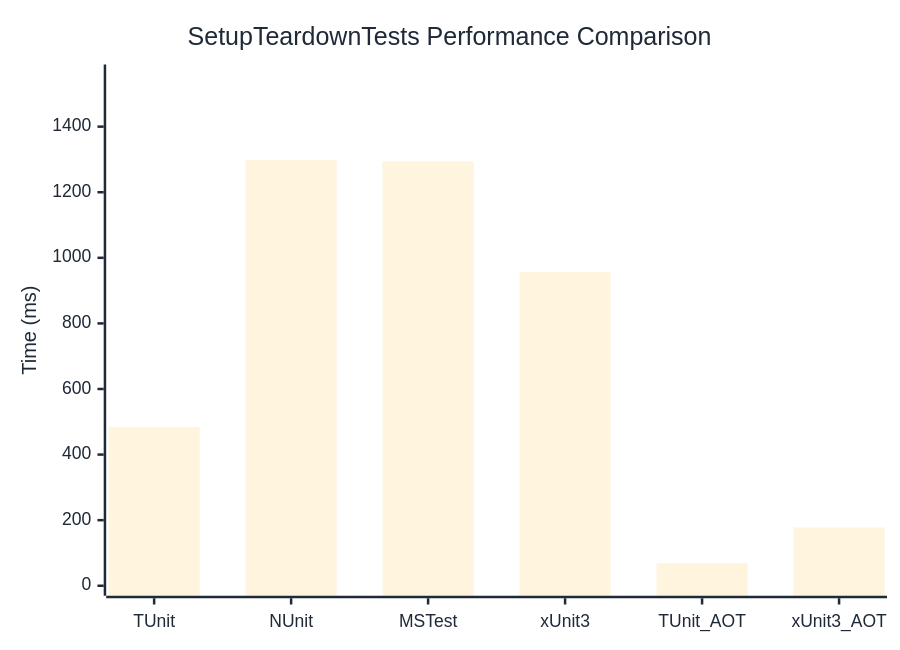
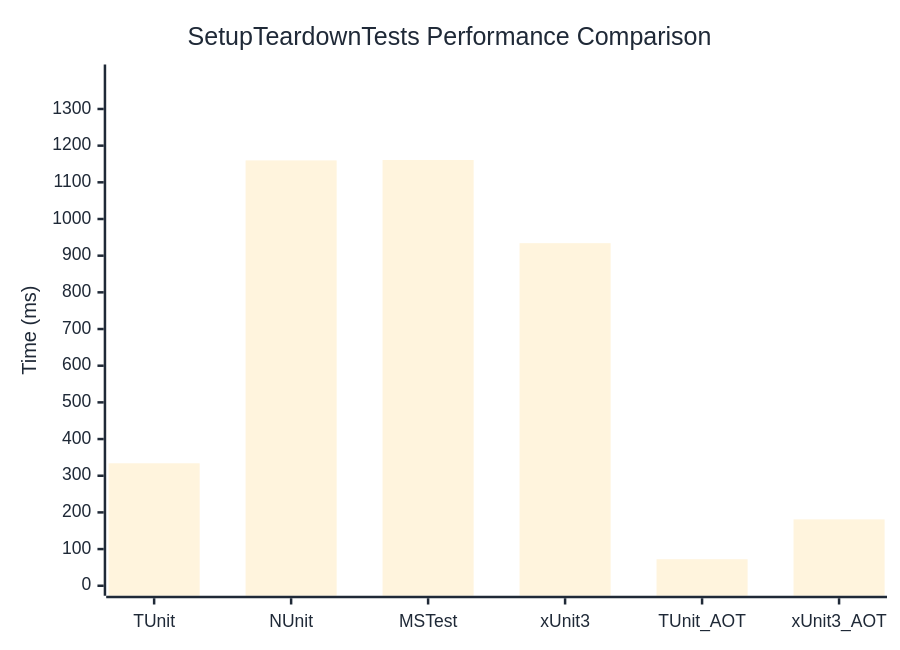
The diagram in docs/docs/benchmarks/engine/SetupTeardownTests.md (thomhurst/TUnit), drawn with Mermaid before and after one commit. The commit also changed other lines of this file and 18 other files, not shown here.

````diff
--- a/docs/docs/benchmarks/engine/SetupTeardownTests.md
+++ b/docs/docs/benchmarks/engine/SetupTeardownTests.md
@@ -30,37 +30,37 @@
 ```mermaid
 %%{init: {
   'theme':'base',
   'themeVariables': {
     'primaryColor': '#2563eb',
     'primaryTextColor': '#1f2937',
     'primaryBorderColor': '#1e40af',
     'lineColor': '#6b7280',
     'secondaryColor': '#7c3aed',
     'tertiaryColor': '#dc2626',
     'background': '#ffffff',
     'mainBkg': '#2563eb',
     'secondBkg': '#7c3aed',
     'tertiaryBkg': '#dc2626',
     'clusterBkg': '#f3f4f6',
     'edgeLabelBackground': '#ffffff',
     'tertiaryTextColor': '#1f2937',
     'pie1': '#2563eb',
     'pie2': '#7c3aed',
     'pie3': '#dc2626',
     'pie4': '#f59e0b',
     'pie5': '#10b981',
     'pie6': '#06b6d4',
     'pie7': '#ec4899',
     'pie8': '#6366f1',
     'pie9': '#84cc16',
     'pie10': '#f97316',
     'pie11': '#14b8a6',
     'pie12': '#a855f7'
   }
 }}%%
 xychart-beta
   title "SetupTeardownTests Performance Comparison"
   x-axis ["TUnit", "NUnit", "MSTest", "xUnit3", "TUnit_AOT", "xUnit3_AOT"]
-  y-axis "Time (ms)" 0 --> 1559
-  bar [484.28, 1298.87, 1294.22, 956.63, 68.84, 177.81]
+  y-axis "Time (ms)" 0 --> 1394
+  bar [333.92, 1159.77, 1160.92, 934.09, 72.37, 180.99]
 ```
````
